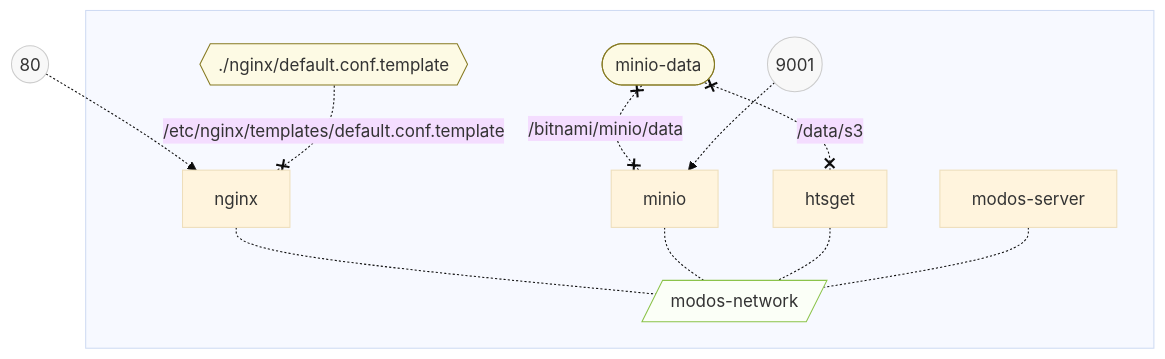
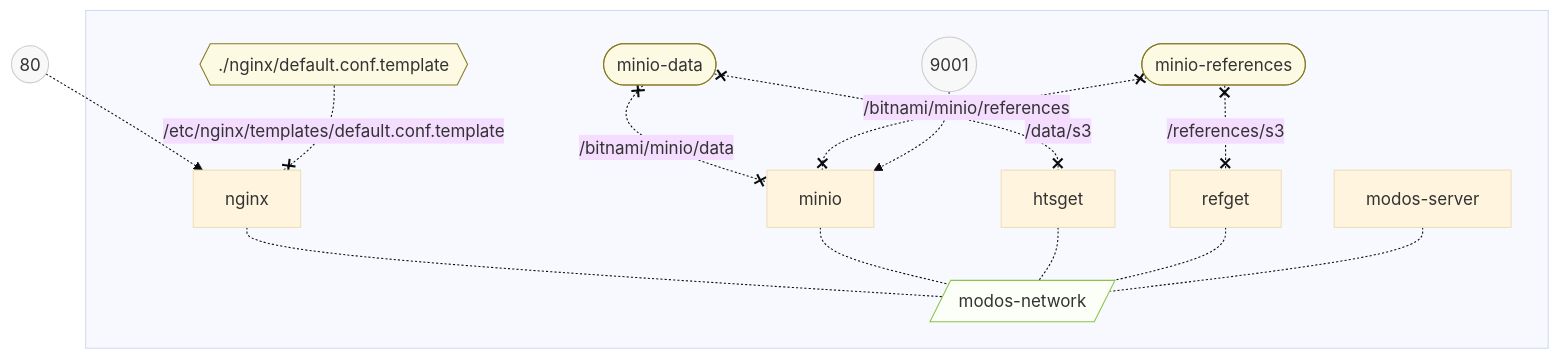
Before and after one commit to sdsc-ordes/modos-api: the diagram in deploy/README.md, drawn with Mermaid (base theme). The commit also changed other lines of this file, not shown here.

Commit message:
docs: describe refget deployment

````diff
--- a/deploy/README.md
+++ b/deploy/README.md
@@ -22,22 +23,26 @@
 ```mermaid
 flowchart TB
 P0((80)) -.-> nginx
 subgraph " "
   Vnginxdefaultconftemplate{{./nginx/default.conf.template}} -. "/etc/nginx/templates/default.conf.template" .-x nginx
   Vminiodata([minio-data]) x-. /bitnami/minio/data .-x minio
   Vminiodata x-. /data/s3 .-x htsget
+  Vminioreferences([minio-references]) x-. /bitnami/minio/references .-x minio
+  Vminioreferences x-. /references/s3 .-x refget
+  
   P1((9001)) -.-> minio
   nginx -.- modonetwork[/modos-network/]
   minio -.- modonetwork
   htsget -.- modonetwork
+  refget -.- modonetwork
   modoserver[modos-server] -.- modonetwork
 
   classDef volumes fill:#fdfae4,stroke:#867a22
-  class Vnginxdefaultconftemplate,Vminiodata,Vminiodata volumes
+  class Vnginxdefaultconftemplate,Vminiodata,Vminiodata,Vminioreferences, volumes
   classDef ports fill:#f8f8f8,stroke:#ccc
   class P0,P1 ports
   classDef nets fill:#fbfff7,stroke:#8bc34a
   class modonetwork nets
 end
 
 ```
````
